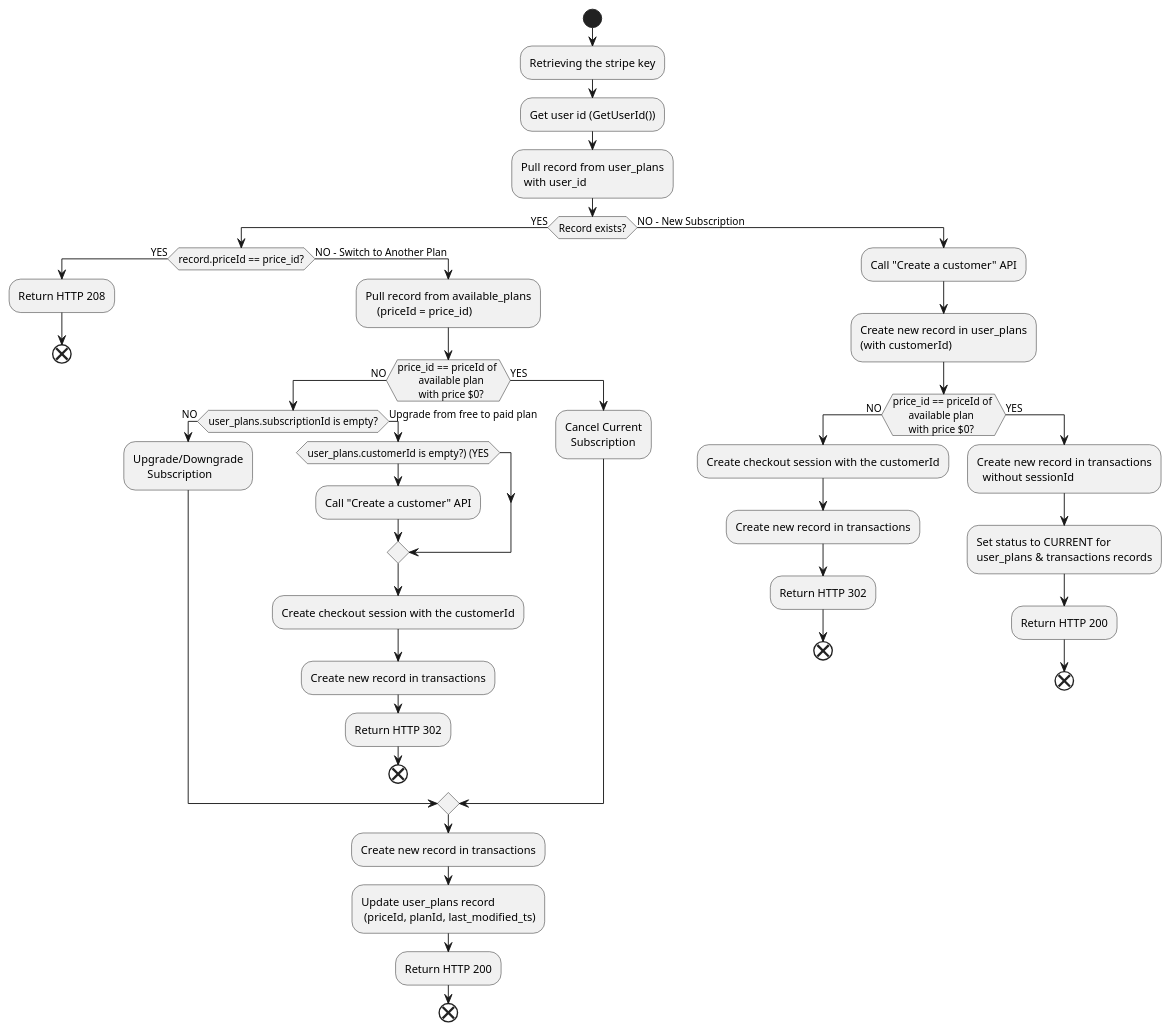
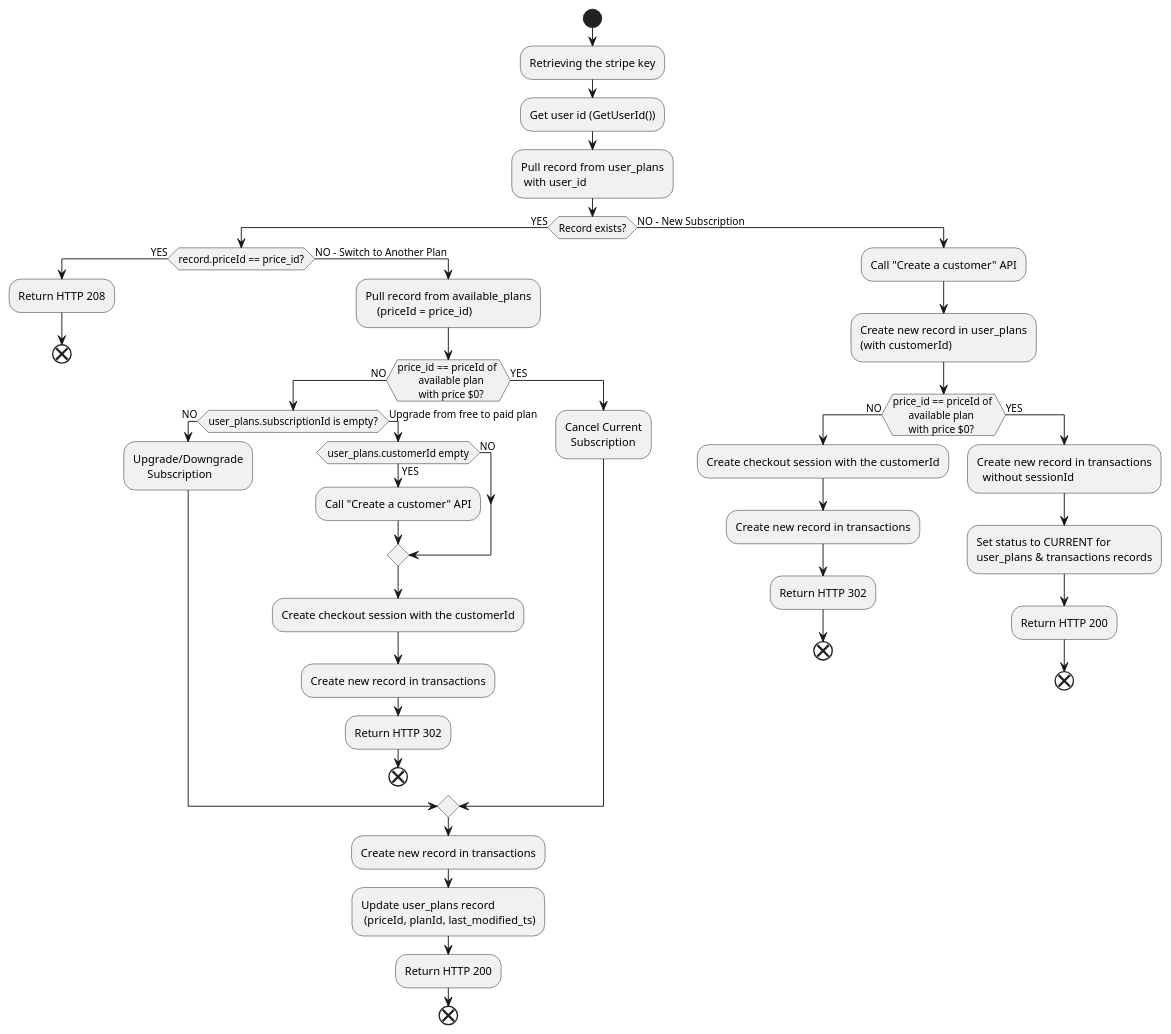
The second of 2 diagrams in README.md (talentaz/subscription_manager), drawn with PlantUML before and after one commit.

````diff
--- a/README.md
+++ b/README.md
@@ -117,60 +117,60 @@
 ```plantuml
 start
 :Retrieving the stripe key;
 :Get user id (GetUserId());
 :Pull record from user_plans 
  with user_id;
 If (Record exists?) then (YES)
   If (record.priceId == price_id?) then (YES)
     :Return HTTP 208;
     end
     Else (NO - Switch to Another Plan)
       :Pull record from available_plans 
           (priceId = price_id);
       If (price_id == priceId of 
         available plan 
         with price $0?) then (NO)
       If (user_plans.subscriptionId is empty?) then (NO)
         :Upgrade/Downgrade 
              Subscription;
       Else (Upgrade from free to paid plan)
-        If (user_plans.customerId is empty?) (YES)
+        If (user_plans.customerId empty) then (YES)
           :Call "Create a customer" API;
+        Else (NO)
         Endif
         :Create checkout session with the customerId;
         :Create new record in transactions;
         :Return HTTP 302;
         end
       Endif
     Else (YES)
       :Cancel Current 
         Subscription;
     EndIf
     :Create new record in transactions;
     :Update user_plans record 
      (priceId, planId, last_modified_ts);
     :Return HTTP 200;
     end
   Endif
 Else (NO - New Subscription)
   :Call "Create a customer" API;
   :Create new record in user_plans 
   (with customerId);
   If (price_id == priceId of 
       available plan 
       with price $0?) then (NO)
     :Create checkout session with the customerId;
     :Create new record in transactions;
     :Return HTTP 302;
     end
   Else (YES)
     :Create new record in transactions
       without sessionId;
     :Set status to CURRENT for 
     user_plans & transactions records;
     :Return HTTP 200;
     end
   EndIf
 EndIf
-
 ```
````
